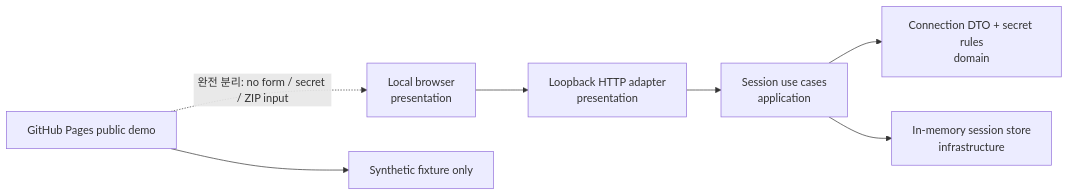
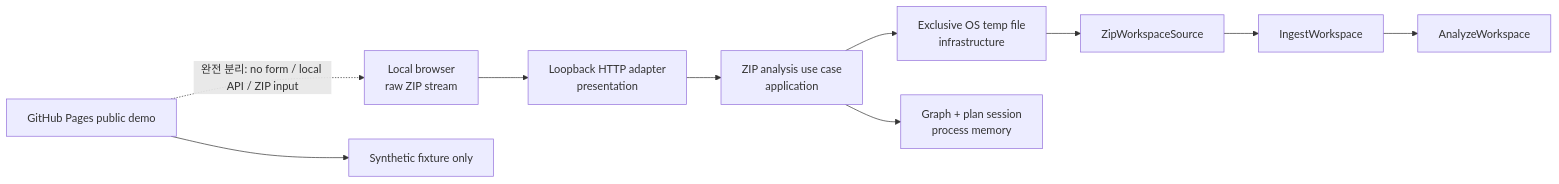
Before and after one commit to t-hajongkim/test: the first of 2 diagrams in README.md, drawn with Mermaid. The commit also changed other lines of this file and 26 other files, not shown here.

Commit message:
Add local ZIP analysis pipeline

````diff
--- a/README.md
+++ b/README.md
@@ -78,9 +81,12 @@
 ```mermaid
 flowchart LR
-    Browser["Local browser<br/>presentation"] --> Http["Loopback HTTP adapter<br/>presentation"]
-    Http --> UseCases["Session use cases<br/>application"]
-    UseCases --> Rules["Connection DTO + secret rules<br/>domain"]
-    UseCases --> Memory["In-memory session store<br/>infrastructure"]
+    Browser["Local browser<br/>raw ZIP stream"] --> Http["Loopback HTTP adapter<br/>presentation"]
+    Http --> UseCases["ZIP analysis use case<br/>application"]
+    UseCases --> Temp["Exclusive OS temp file<br/>infrastructure"]
+    Temp --> Zip["ZipWorkspaceSource"]
+    Zip --> Ingest["IngestWorkspace"]
+    Ingest --> Analyze["AnalyzeWorkspace"]
+    UseCases --> Memory["Graph + plan session<br/>process memory"]
     Public["GitHub Pages public demo"] --> Synthetic["Synthetic fixture only"]
-    Public -. "완전 분리: no form / secret / ZIP input" .-> Browser
+    Public -. "완전 분리: no form / local API / ZIP input" .-> Browser
 ```
````
